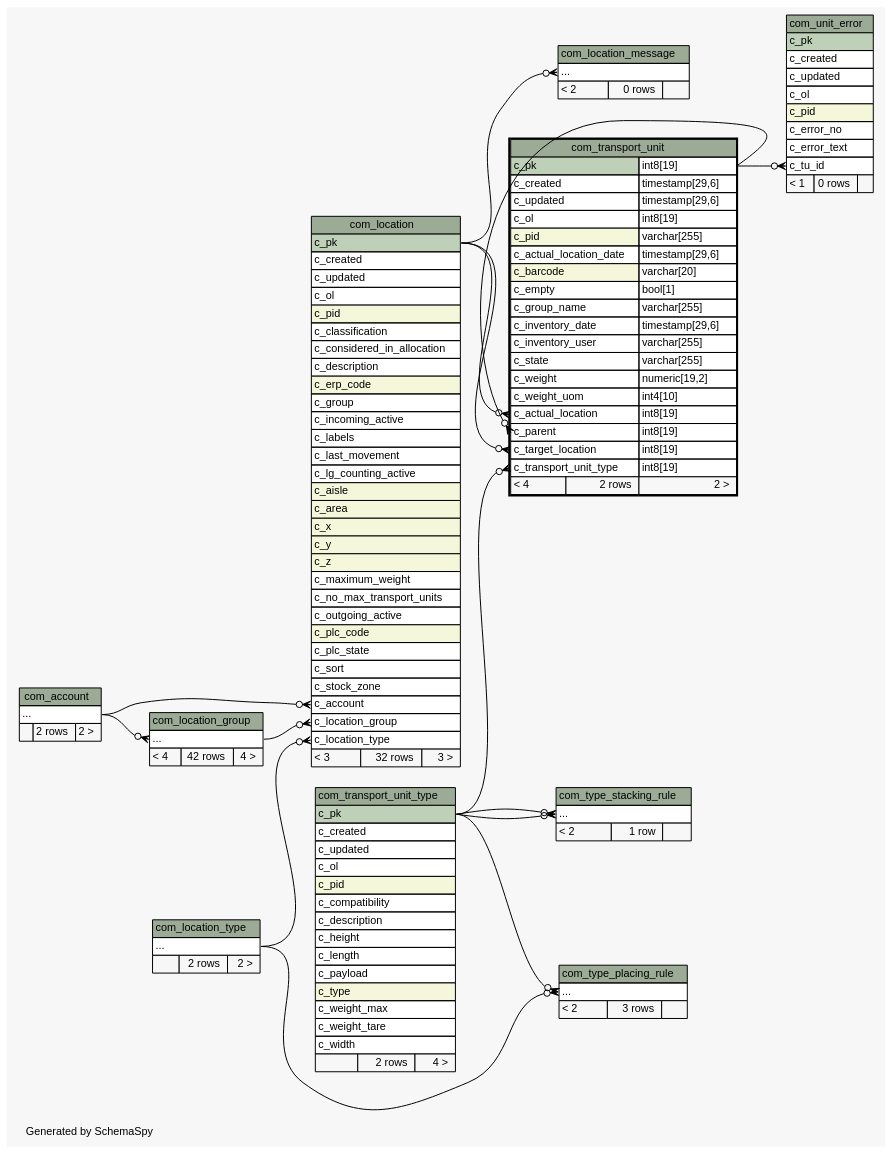
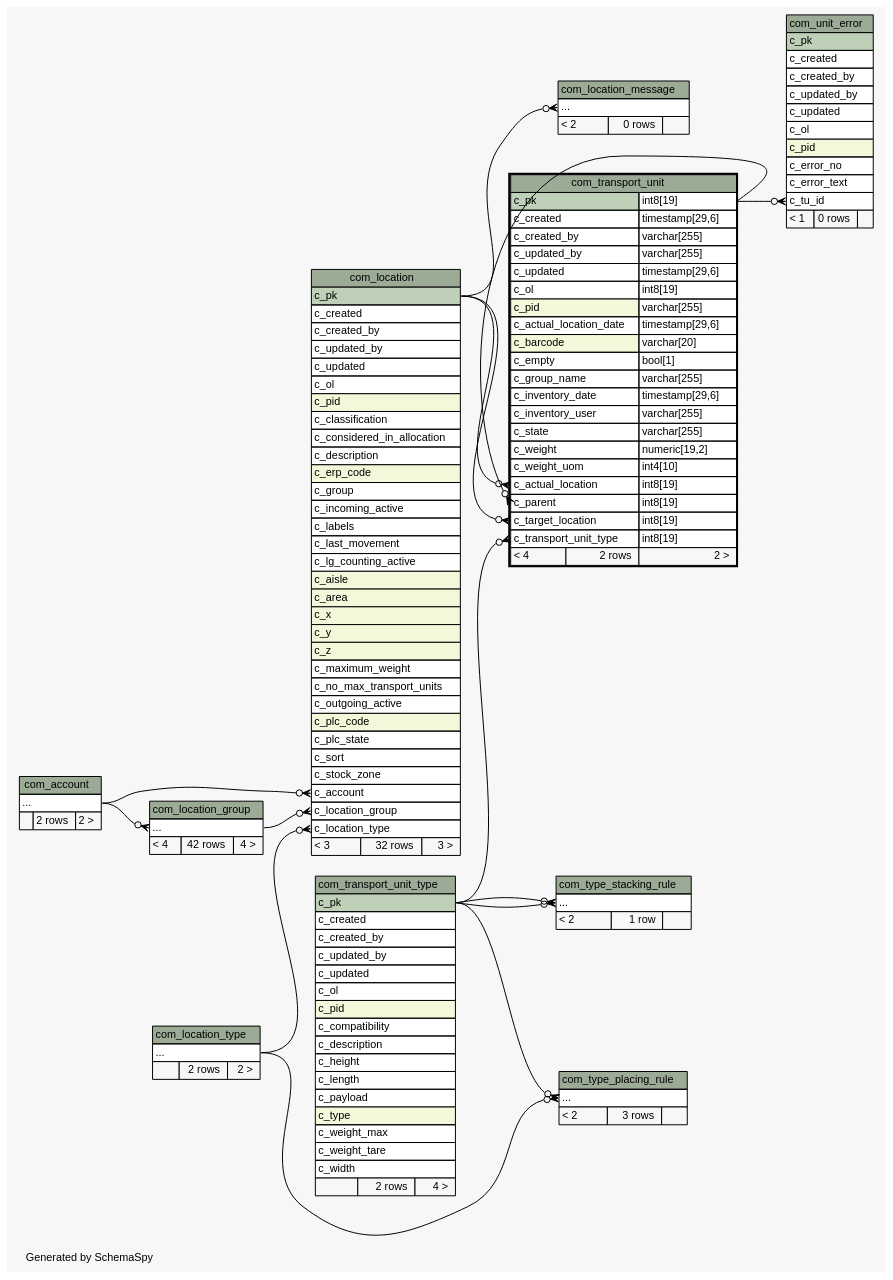
One commit to openwms/org.openwms.common.service.lib changed the diagram in 2.0.0-SNAPSHOT/schemaspy/diagrams/com_transport_unit.2degrees.dot. Above: the diagram before and after it, drawn with Graphviz. The commit also changed 531 other files, not shown here.

```diff
--- a/2.0.0-SNAPSHOT/schemaspy/diagrams/com_transport_unit.2degrees.dot
+++ b/2.0.0-SNAPSHOT/schemaspy/diagrams/com_transport_unit.2degrees.dot
@@ -1,4 +1,4 @@
-// dot 2.43.0 on Linux 5.13.0-1022-azure
+// dot 2.43.0 on Linux 5.13.0-1023-azure
 // SchemaSpy rev Unknown
 digraph "twoDegreesRelationshipsDiagram" {
   graph [
@@ -49,6 +49,8 @@
       <TR><TD COLSPAN="3" BGCOLOR="#9bab96" ALIGN="CENTER">com_location</TD></TR>
       <TR><TD PORT="c_pk" COLSPAN="3" BGCOLOR="#bed1b8" ALIGN="LEFT">c_pk</TD></TR>
       <TR><TD PORT="c_created" COLSPAN="3" ALIGN="LEFT">c_created</TD></TR>
+      <TR><TD PORT="c_created_by" COLSPAN="3" ALIGN="LEFT">c_created_by</TD></TR>
+      <TR><TD PORT="c_updated_by" COLSPAN="3" ALIGN="LEFT">c_updated_by</TD></TR>
       <TR><TD PORT="c_updated" COLSPAN="3" ALIGN="LEFT">c_updated</TD></TR>
       <TR><TD PORT="c_ol" COLSPAN="3" ALIGN="LEFT">c_ol</TD></TR>
       <TR><TD PORT="c_pid" COLSPAN="3" BGCOLOR="#f4f7da" ALIGN="LEFT">c_pid</TD></TR>
@@ -117,6 +119,8 @@
       <TR><TD COLSPAN="3" BGCOLOR="#9bab96" ALIGN="CENTER">com_transport_unit</TD></TR>
       <TR><TD PORT="c_pk" COLSPAN="2" BGCOLOR="#bed1b8" ALIGN="LEFT">c_pk</TD><TD PORT="c_pk.type" ALIGN="LEFT">int8[19]</TD></TR>
       <TR><TD PORT="c_created" COLSPAN="2" ALIGN="LEFT">c_created</TD><TD PORT="c_created.type" ALIGN="LEFT">timestamp[29,6]</TD></TR>
+      <TR><TD PORT="c_created_by" COLSPAN="2" ALIGN="LEFT">c_created_by</TD><TD PORT="c_created_by.type" ALIGN="LEFT">varchar[255]</TD></TR>
+      <TR><TD PORT="c_updated_by" COLSPAN="2" ALIGN="LEFT">c_updated_by</TD><TD PORT="c_updated_by.type" ALIGN="LEFT">varchar[255]</TD></TR>
       <TR><TD PORT="c_updated" COLSPAN="2" ALIGN="LEFT">c_updated</TD><TD PORT="c_updated.type" ALIGN="LEFT">timestamp[29,6]</TD></TR>
       <TR><TD PORT="c_ol" COLSPAN="2" ALIGN="LEFT">c_ol</TD><TD PORT="c_ol.type" ALIGN="LEFT">int8[19]</TD></TR>
       <TR><TD PORT="c_pid" COLSPAN="2" BGCOLOR="#f4f7da" ALIGN="LEFT">c_pid</TD><TD PORT="c_pid.type" ALIGN="LEFT">varchar[255]</TD></TR>
@@ -144,6 +148,8 @@
       <TR><TD COLSPAN="3" BGCOLOR="#9bab96" ALIGN="CENTER">com_transport_unit_type</TD></TR>
       <TR><TD PORT="c_pk" COLSPAN="3" BGCOLOR="#bed1b8" ALIGN="LEFT">c_pk</TD></TR>
       <TR><TD PORT="c_created" COLSPAN="3" ALIGN="LEFT">c_created</TD></TR>
+      <TR><TD PORT="c_created_by" COLSPAN="3" ALIGN="LEFT">c_created_by</TD></TR>
+      <TR><TD PORT="c_updated_by" COLSPAN="3" ALIGN="LEFT">c_updated_by</TD></TR>
       <TR><TD PORT="c_updated" COLSPAN="3" ALIGN="LEFT">c_updated</TD></TR>
       <TR><TD PORT="c_ol" COLSPAN="3" ALIGN="LEFT">c_ol</TD></TR>
       <TR><TD PORT="c_pid" COLSPAN="3" BGCOLOR="#f4f7da" ALIGN="LEFT">c_pid</TD></TR>
@@ -187,6 +193,8 @@
       <TR><TD COLSPAN="3" BGCOLOR="#9bab96" ALIGN="CENTER">com_unit_error</TD></TR>
       <TR><TD PORT="c_pk" COLSPAN="3" BGCOLOR="#bed1b8" ALIGN="LEFT">c_pk</TD></TR>
       <TR><TD PORT="c_created" COLSPAN="3" ALIGN="LEFT">c_created</TD></TR>
+      <TR><TD PORT="c_created_by" COLSPAN="3" ALIGN="LEFT">c_created_by</TD></TR>
+      <TR><TD PORT="c_updated_by" COLSPAN="3" ALIGN="LEFT">c_updated_by</TD></TR>
       <TR><TD PORT="c_updated" COLSPAN="3" ALIGN="LEFT">c_updated</TD></TR>
       <TR><TD PORT="c_ol" COLSPAN="3" ALIGN="LEFT">c_ol</TD></TR>
       <TR><TD PORT="c_pid" COLSPAN="3" BGCOLOR="#f4f7da" ALIGN="LEFT">c_pid</TD></TR>
```
